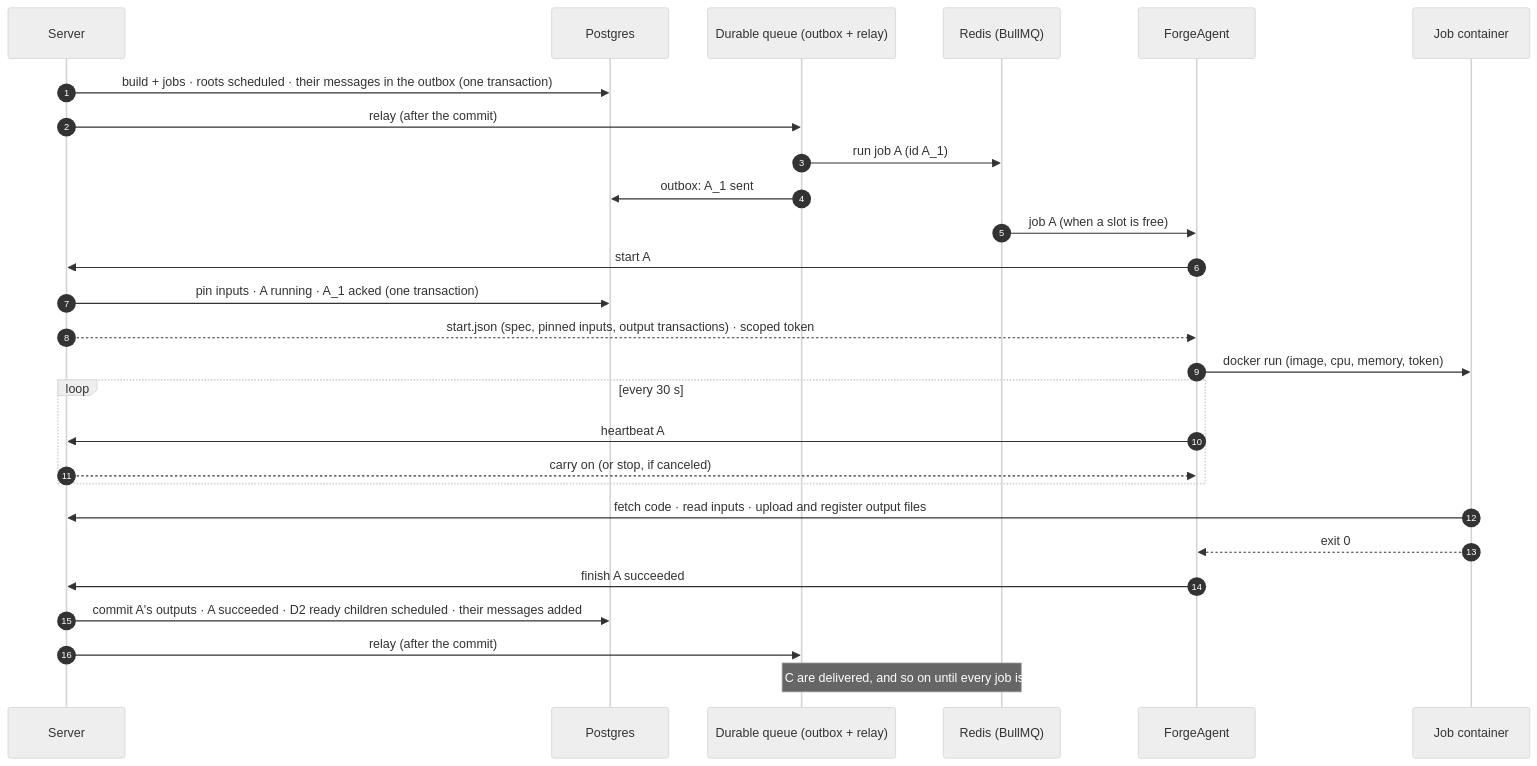
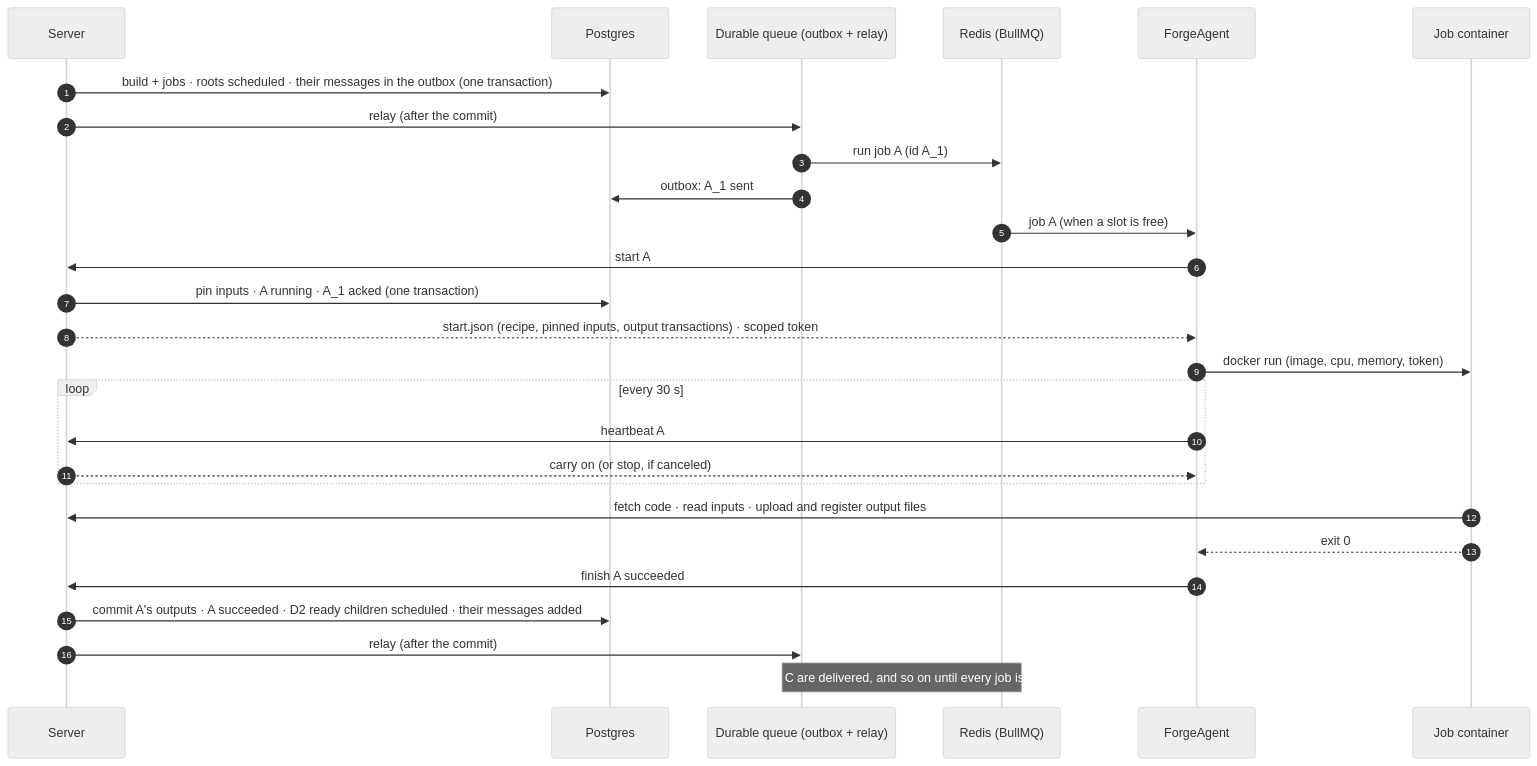
Before and after one commit to RolandTeslaru/Quarry: the second of 3 diagrams in docs/design/forge.md, drawn with Mermaid (neutral theme). The commit also changed other lines of this file and 44 other files, not shown here.

Commit message:
renamed Job spec to Recipe

````diff
--- a/docs/design/forge.md
+++ b/docs/design/forge.md
@@ -183,30 +183,30 @@
 ```mermaid
 sequenceDiagram
     autonumber
     participant S as Server
     participant PG as Postgres
     participant R as Durable queue (outbox + relay)
     participant Q as Redis (BullMQ)
     participant A as ForgeAgent
     participant C as Job container
 
     S->>PG: build + jobs · roots scheduled · their messages in the outbox (one transaction)
     S->>R: relay (after the commit)
     R->>Q: run job A (id A_1)
     R->>PG: outbox: A_1 sent
     Q->>A: job A (when a slot is free)
     A->>S: start A
     S->>PG: pin inputs · A running · A_1 acked (one transaction)
-    S-->>A: start.json (spec, pinned inputs, output transactions) · scoped token
+    S-->>A: start.json (recipe, pinned inputs, output transactions) · scoped token
     A->>C: docker run (image, cpu, memory, token)
     loop every 30 s
         A->>S: heartbeat A
         S-->>A: carry on (or stop, if canceled)
     end
     C->>S: fetch code · read inputs · upload and register output files
     C-->>A: exit 0
     A->>S: finish A succeeded
     S->>PG: commit A's outputs · A succeeded · D2 ready children scheduled · their messages added
     S->>R: relay (after the commit)
     Note over R,Q: B and C are delivered, and so on until every job is done
 ```
````
